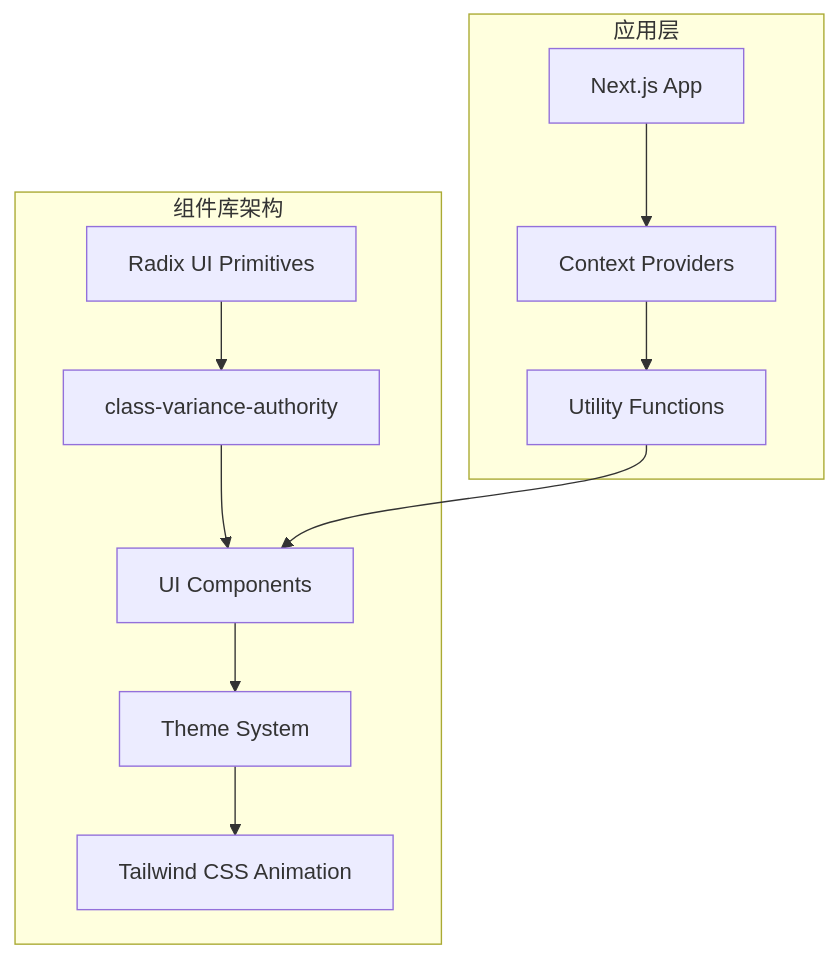
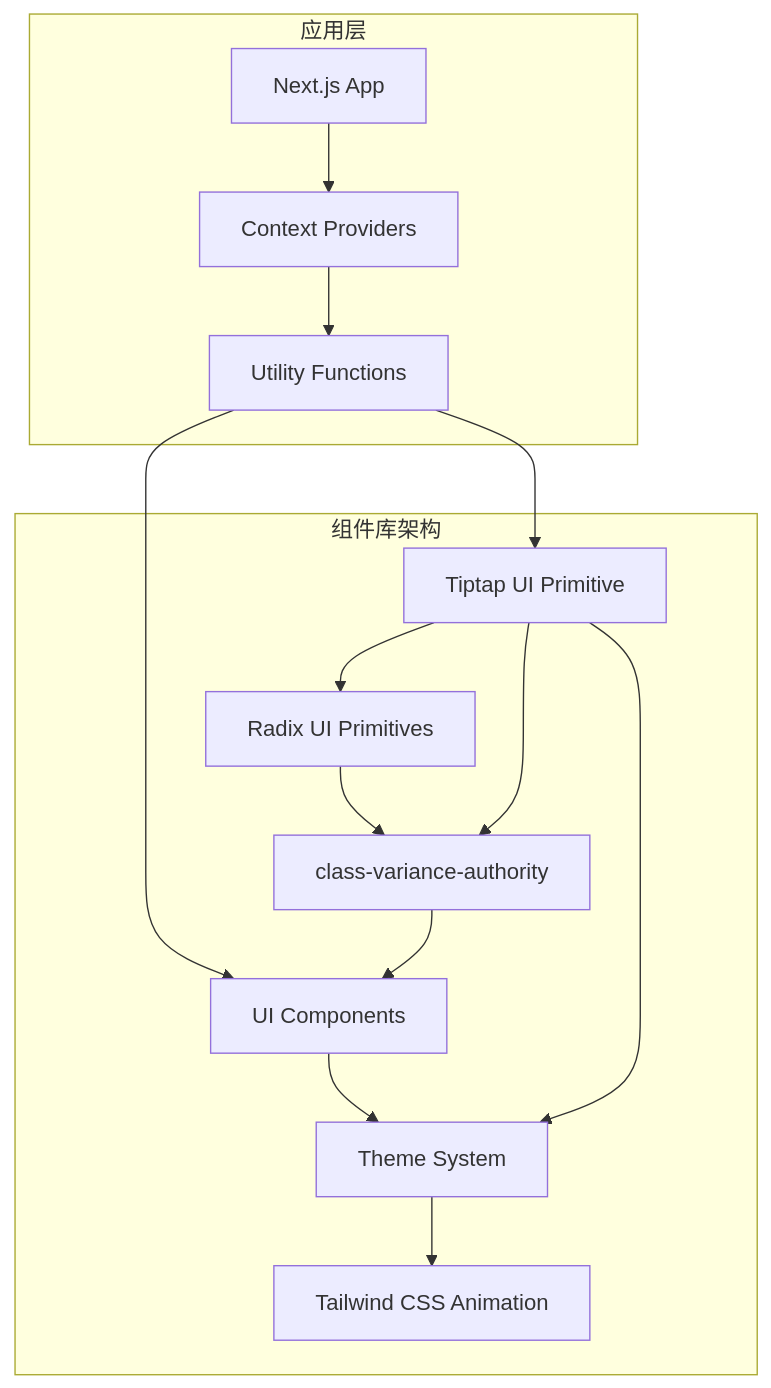
One commit to KunLabAI/KunFlix changed the second of 5 diagrams in .qoder/repowiki/zh/content/前端开发指南/UI 组件设计.md. Above: the diagram before and after it, drawn with Mermaid. The commit also changed other lines of this file and 14 other files, not shown here.

````diff
--- a/.qoder/repowiki/zh/content/前端开发指南/UI 组件设计.md
+++ b/.qoder/repowiki/zh/content/前端开发指南/UI 组件设计.md
@@ -180,22 +237,27 @@
 ```mermaid
 graph TB
 subgraph "组件库架构"
 PRIMITIVE["Radix UI Primitives"]
 VARIANTS["class-variance-authority"]
 COMPONENTS["UI Components"]
+TIPTAP_PRIMITIVE["Tiptap UI Primitive"]
 THEME["Theme System"]
 ANIMATION["Tailwind CSS Animation"]
 end
 subgraph "应用层"
 APP["Next.js App"]
 CONTEXT["Context Providers"]
 UTILS["Utility Functions"]
 end
 PRIMITIVE --> VARIANTS
 VARIANTS --> COMPONENTS
 COMPONENTS --> THEME
 THEME --> ANIMATION
+TIPTAP_PRIMITIVE --> PRIMITIVE
+TIPTAP_PRIMITIVE --> VARIANTS
+TIPTAP_PRIMITIVE --> THEME
 APP --> CONTEXT
 CONTEXT --> UTILS
 UTILS --> COMPONENTS
+UTILS --> TIPTAP_PRIMITIVE
 ```
````
